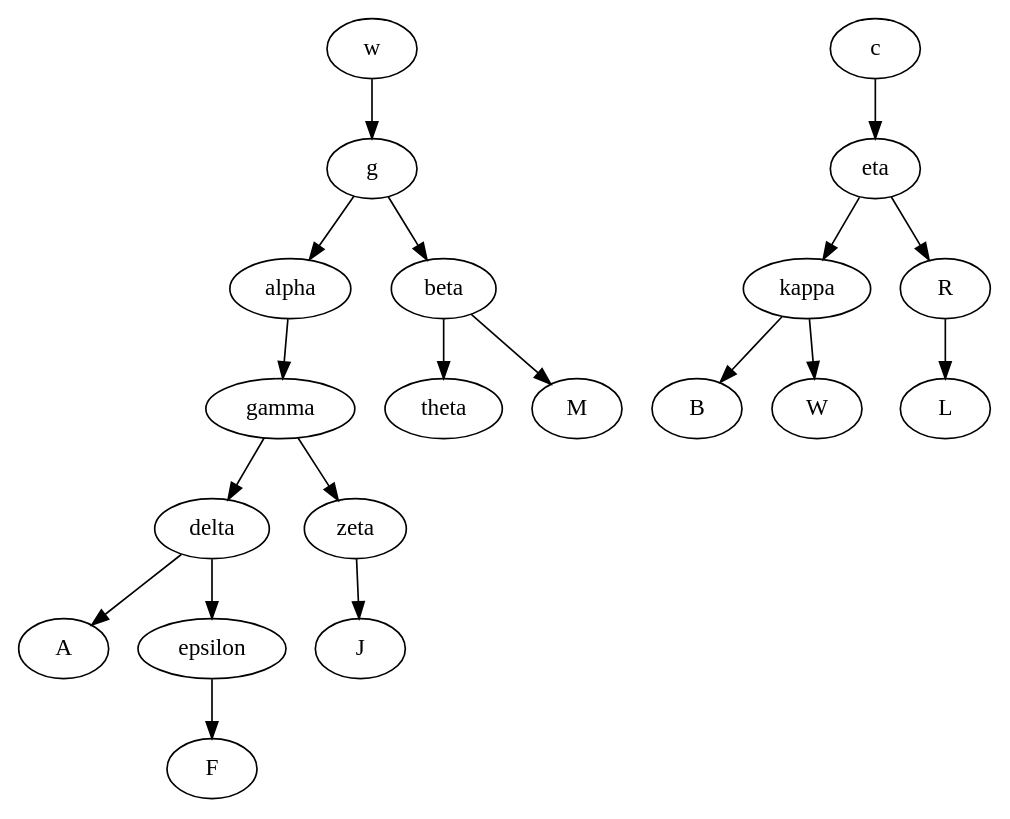
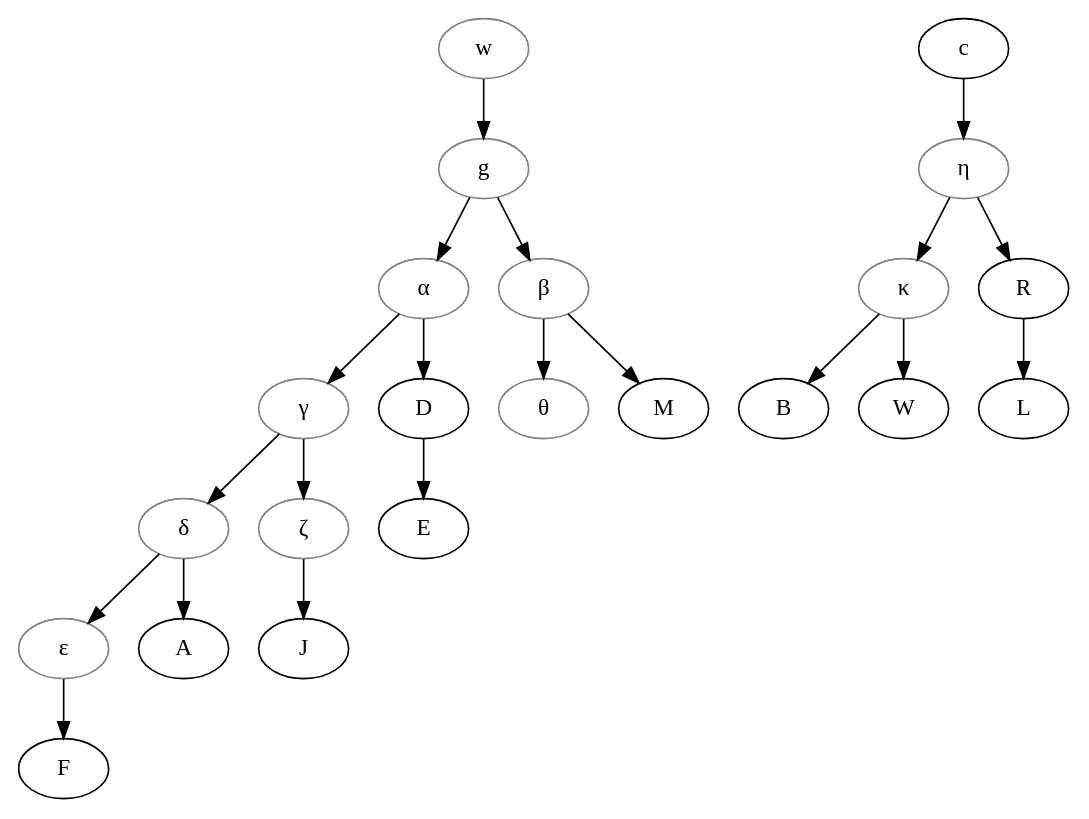
One commit to OpenStemmata/database changed the diagram in data/wlm/Rejhon_1984_Canroland2/stemma.gv. Above: the diagram before and after it, drawn with Graphviz. The commit also changed 1 other file, not shown here.

```diff
--- a/data/wlm/Rejhon_1984_Canroland2/stemma.gv
+++ b/data/wlm/Rejhon_1984_Canroland2/stemma.gv
@@ -1,25 +1,38 @@
 digraph {
-
+    w[color="grey"];
+    g[color="grey"];
+    alpha[color="grey", label="α"];
+    gamma[color="grey", label="γ"];
+    delta[color="grey", label="δ"];
+    zeta[color="grey", label="ζ"];
+    eta[color="grey", label="η"];
+    theta[color="grey", label="θ"];
+    kappa[color="grey", label="κ"];
+    epsilon[color="grey", label="ε"];
+    beta[color="grey", label="β"];
     # To refactor nodes, place the cursor left to a node name
     w -> g;
     g -> alpha;
     g -> beta;
     beta -> theta;
     beta -> M;
     alpha -> gamma;
+    alpha -> D
     gamma -> delta;
     gamma -> zeta;
     zeta -> J;
     delta -> A;
     delta -> epsilon;
     epsilon -> F;
     c -> eta;
     eta -> kappa;
     kappa -> B;
     kappa -> W;
     eta -> R;
     R -> L;
+    D -> E;
+    
 
 
 
 }
```
